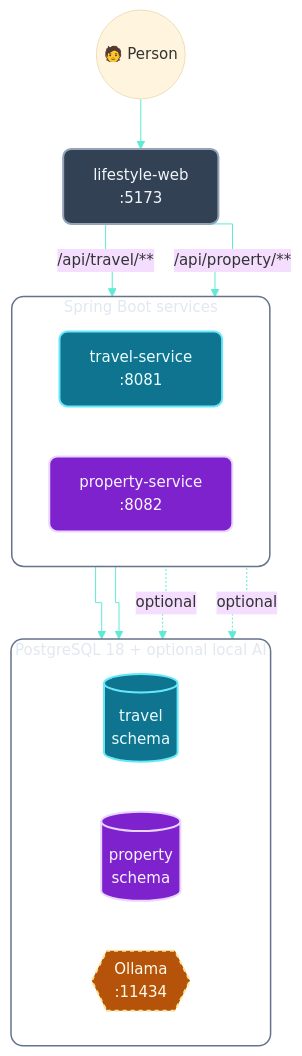
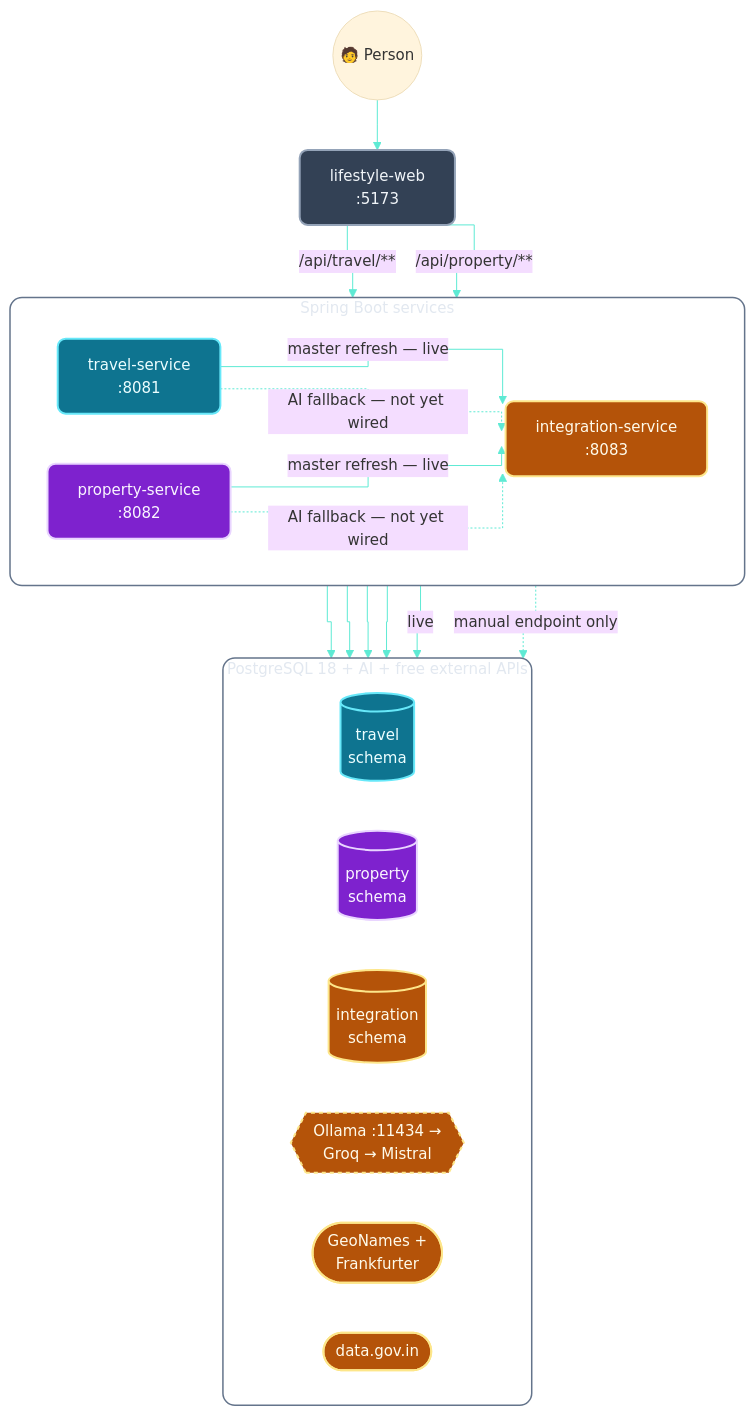
Before and after one commit to oomeanujoo/The-Lifestyle-Project: the fourth of 15 diagrams in TECHNICAL_ARCHITECTURE.md, drawn with Mermaid. The commit also changed other lines of this file and 96 other files, not shown here.

Commit message:
Add external provider integration and master refresh baseline

````diff
--- a/TECHNICAL_ARCHITECTURE.md
+++ b/TECHNICAL_ARCHITECTURE.md
@@ -218,38 +220,50 @@
 ```mermaid
 %%{init: {'theme': 'base', 'themeVariables': {'background':'transparent','fontFamily':'Trebuchet MS, Verdana, sans-serif','fontSize':'15px','lineColor':'#5eead4'}, 'flowchart': {'curve': 'stepAfter'}}}%%
 flowchart TB
     User(("🧑 Person")) --> Web["lifestyle-web<br/>:5173"]
 
     Web -->|"/api/travel/**"| TravelSvc
     Web -->|"/api/property/**"| PropSvc
 
     subgraph Backend["Spring Boot services"]
         direction LR
         TravelSvc["travel-service<br/>:8081"]
         PropSvc["property-service<br/>:8082"]
+        IntSvc["integration-service<br/>:8083"]
     end
 
     TravelSvc --> TravelSchema
     PropSvc --> PropSchema
-    TravelSvc -.->|"optional"| AI
-    PropSvc -.->|"optional"| AI
+    TravelSvc -->|"master refresh — live"| IntSvc
+    PropSvc -->|"master refresh — live"| IntSvc
+    TravelSvc -.->|"AI fallback — not yet wired"| IntSvc
+    PropSvc -.->|"AI fallback — not yet wired"| IntSvc
+    IntSvc --> IntSchema
+    IntSvc --> AI
+    IntSvc -->|"live"| GeoFrank
+    IntSvc -.->|"manual endpoint only"| DataGovIn
 
-    subgraph Data["PostgreSQL 18 + optional local AI"]
+    subgraph Data["PostgreSQL 18 + AI + free external APIs"]
         direction LR
         TravelSchema[("travel<br/>schema")]
         PropSchema[("property<br/>schema")]
-        AI{{"Ollama<br/>:11434"}}
+        IntSchema[("integration<br/>schema")]
+        AI{{"Ollama :11434 →<br/>Groq → Mistral"}}
+        GeoFrank(["GeoNames +<br/>Frankfurter"])
+        DataGovIn(["data.gov.in"])
     end
 
     class Web neutral;
     class Backend,Data groupBorder;
     class TravelSvc,TravelSchema travel;
     class PropSvc,PropSchema property;
+    class IntSvc,IntSchema,GeoFrank,DataGovIn integration;
     class AI ai;
 
     classDef neutral fill:#334155,stroke:#94a3b8,color:#f1f5f9,stroke-width:2px,rx:8,ry:8;
     classDef groupBorder fill:transparent,stroke:#64748b,color:#e2e8f0,stroke-width:1.5px,rx:12,ry:12;
     classDef travel fill:#0e7490,stroke:#67e8f9,color:#ecfeff,stroke-width:2px,rx:8,ry:8;
     classDef property fill:#7e22ce,stroke:#e9d5ff,color:#faf5ff,stroke-width:2px,rx:8,ry:8;
+    classDef integration fill:#b45309,stroke:#fde68a,color:#fffbeb,stroke-width:2px,rx:8,ry:8;
     classDef ai fill:#b45309,stroke:#fde68a,color:#fffbeb,stroke-width:2px,stroke-dasharray:4 4,rx:8,ry:8;
 ```
````
